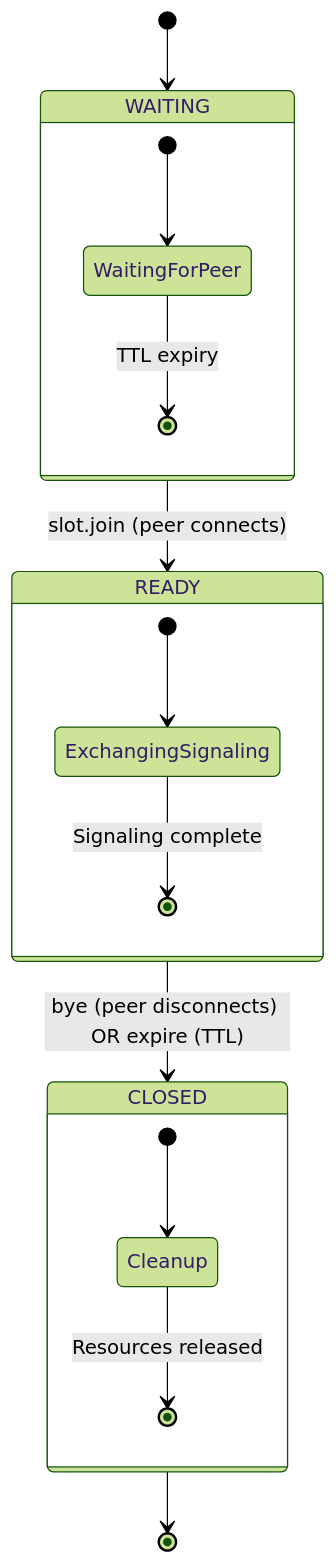
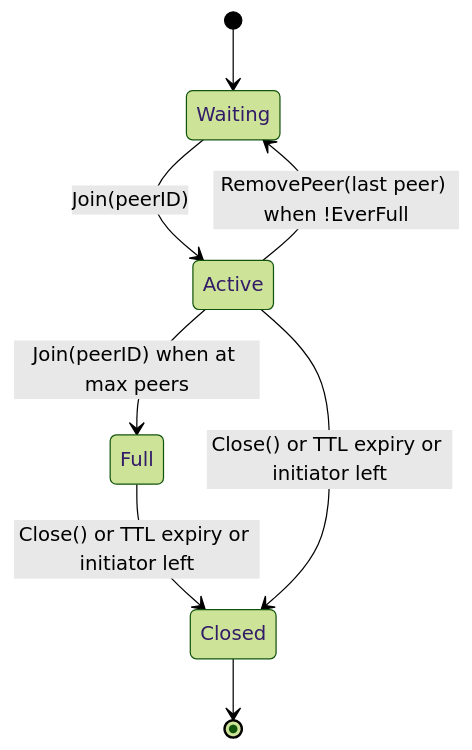
The first of 3 diagrams in openwiki/domain-concepts/overview.md (iamdoubz/gmmff), drawn with Mermaid (forest theme) before and after one commit. The commit also changed other lines of this file and 22 other files, not shown here.

````diff
--- a/openwiki/domain-concepts/overview.md
+++ b/openwiki/domain-concepts/overview.md
@@ -76,22 +63,10 @@
 ```mermaid
 stateDiagram-v2
-    [*] --> WAITING
-    WAITING --> READY: slot.join (peer connects)
-    READY --> CLOSED: bye (peer disconnects) OR expire (TTL)
-    CLOSED --> [*]
-    
-    state WAITING {
-        [*] --> WaitingForPeer
-        WaitingForPeer --> [*]: TTL expiry
-    }
-    
-    state READY {
-        [*] --> ExchangingSignaling
-        ExchangingSignaling --> [*]: Signaling complete
-    }
-    
-    state CLOSED {
-        [*] --> Cleanup
-        Cleanup --> [*]: Resources released
-    }
+    [*] --> Waiting
+    Waiting --> Active: Join(peerID)
+    Active --> Full: Join(peerID) when at max peers
+    Full --> Closed: Close() or TTL expiry or initiator left
+    Active --> Closed: Close() or TTL expiry or initiator left
+    Active --> Waiting: RemovePeer(last peer) when !EverFull
+    Closed --> [*]
 ```
````
